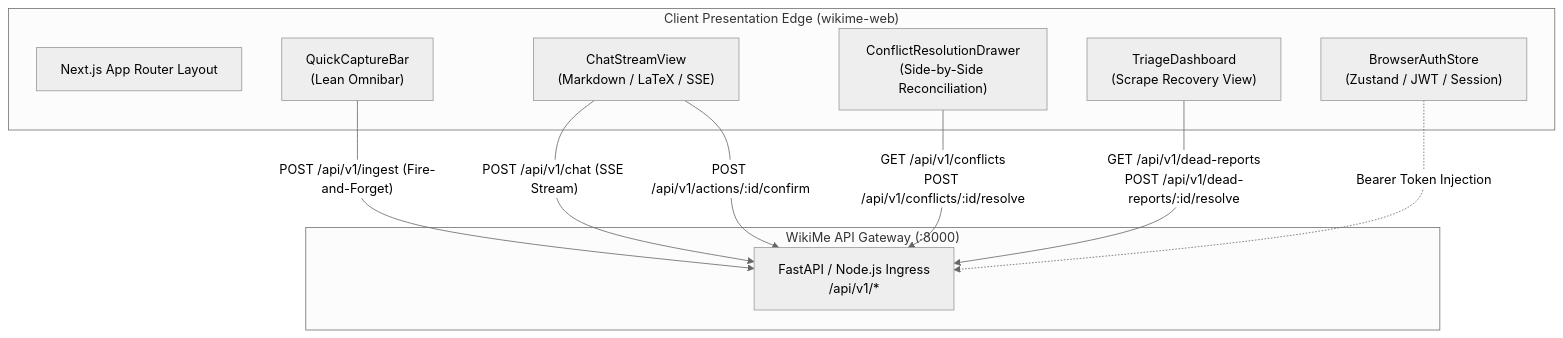
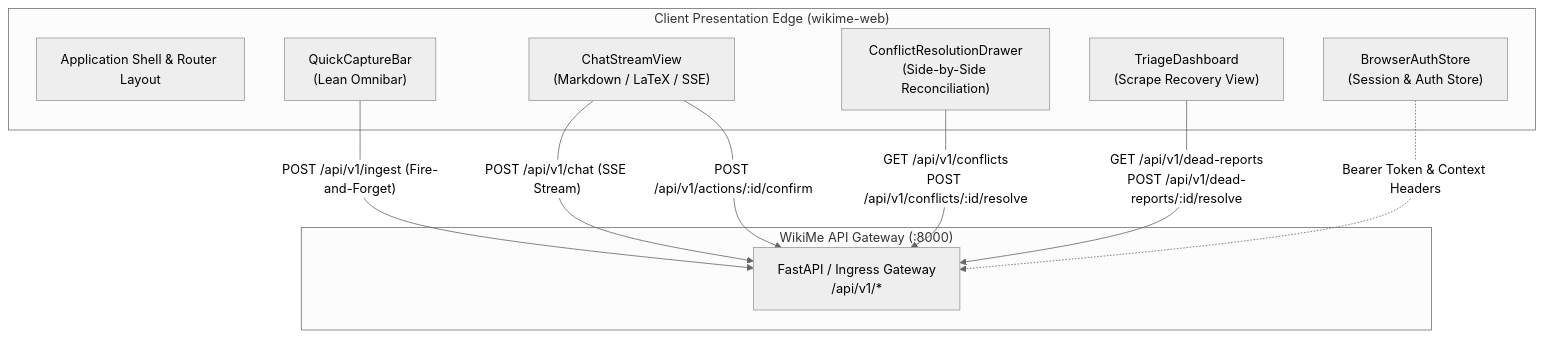
The first of 5 diagrams in docs/ARCHITECTURE.md (SiddhantDeshwal1/wikime-web), drawn with Mermaid (neutral theme) before and after one commit. The commit also changed other lines of this file and 5 other files, not shown here.

Commit message:
GENAI=YES docs(architecture): [V1_001] remove hardcoded frontend tech stack from documentation

````diff
--- a/docs/ARCHITECTURE.md
+++ b/docs/ARCHITECTURE.md
@@ -13,22 +13,22 @@
 ```mermaid
 graph TD
     subgraph Browser ["Client Presentation Edge (wikime-web)"]
-        UI_Shell["Next.js App Router Layout"]
+        UI_Shell["Application Shell & Router Layout"]
         QuickCapture["QuickCaptureBar<br/>(Lean Omnibar)"]
         ChatStream["ChatStreamView<br/>(Markdown / LaTeX / SSE)"]
         ConflictDrawer["ConflictResolutionDrawer<br/>(Side-by-Side Reconciliation)"]
         TriageDash["TriageDashboard<br/>(Scrape Recovery View)"]
-        AuthStore["BrowserAuthStore<br/>(Zustand / JWT / Session)"]
+        AuthStore["BrowserAuthStore<br/>(Session & Auth Store)"]
     end
 
     subgraph Gateway ["WikiMe API Gateway (:8000)"]
-        APIGateway["FastAPI / Node.js Ingress<br/>/api/v1/*"]
+        APIGateway["FastAPI / Ingress Gateway<br/>/api/v1/*"]
     end
 
     QuickCapture -->|"POST /api/v1/ingest (Fire-and-Forget)"| APIGateway
     ChatStream -->|"POST /api/v1/chat (SSE Stream)"| APIGateway
     ChatStream -->|"POST /api/v1/actions/:id/confirm"| APIGateway
     ConflictDrawer -->|"GET /api/v1/conflicts<br/>POST /api/v1/conflicts/:id/resolve"| APIGateway
     TriageDash -->|"GET /api/v1/dead-reports<br/>POST /api/v1/dead-reports/:id/resolve"| APIGateway
-    AuthStore -.->|"Bearer Token Injection"| APIGateway
+    AuthStore -.->|"Bearer Token & Context Headers"| APIGateway
 ```
````
